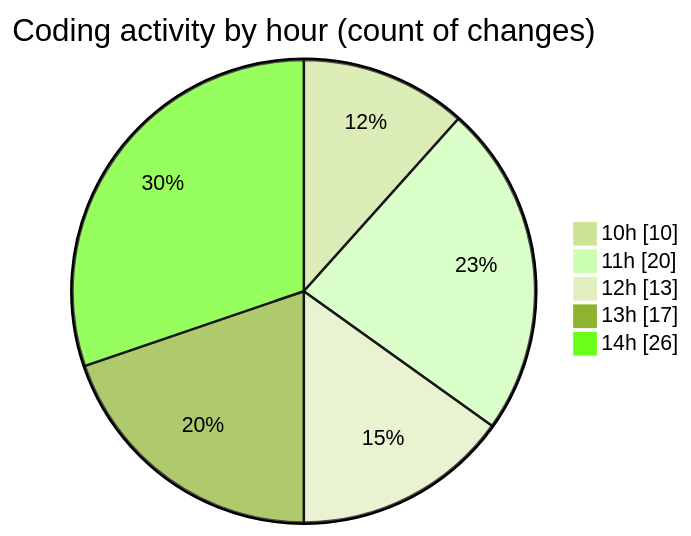
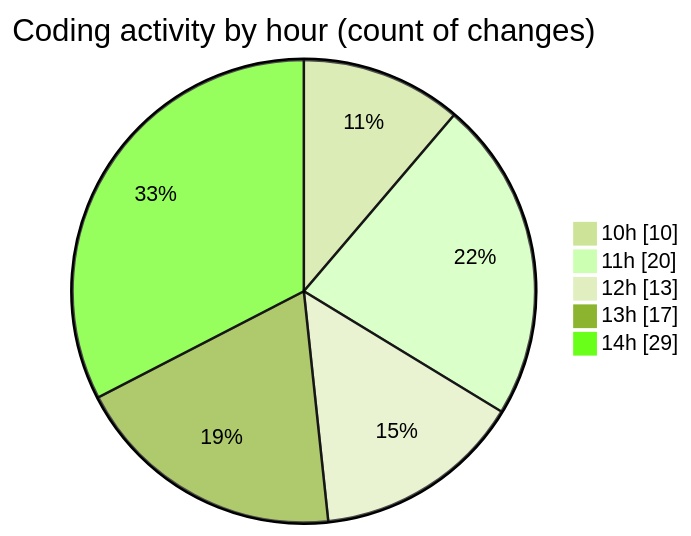
Before and after one commit to BS-eng2023/code-tracking: the second of 2 diagrams in 2025-03-31/jsvms/README.md, drawn with Mermaid (forest theme). The commit also changed other lines of this file and 1 other file, not shown here.

````diff
--- a/2025-03-31/jsvms/README.md
+++ b/2025-03-31/jsvms/README.md
@@ -60,9 +60,9 @@
 ```mermaid
 pie showData
 title Coding activity by hour (count of changes)
 "10h" : 10
 "11h" : 20
 "12h" : 13
 "13h" : 17
-"14h" : 26
+"14h" : 29
 ```
````
